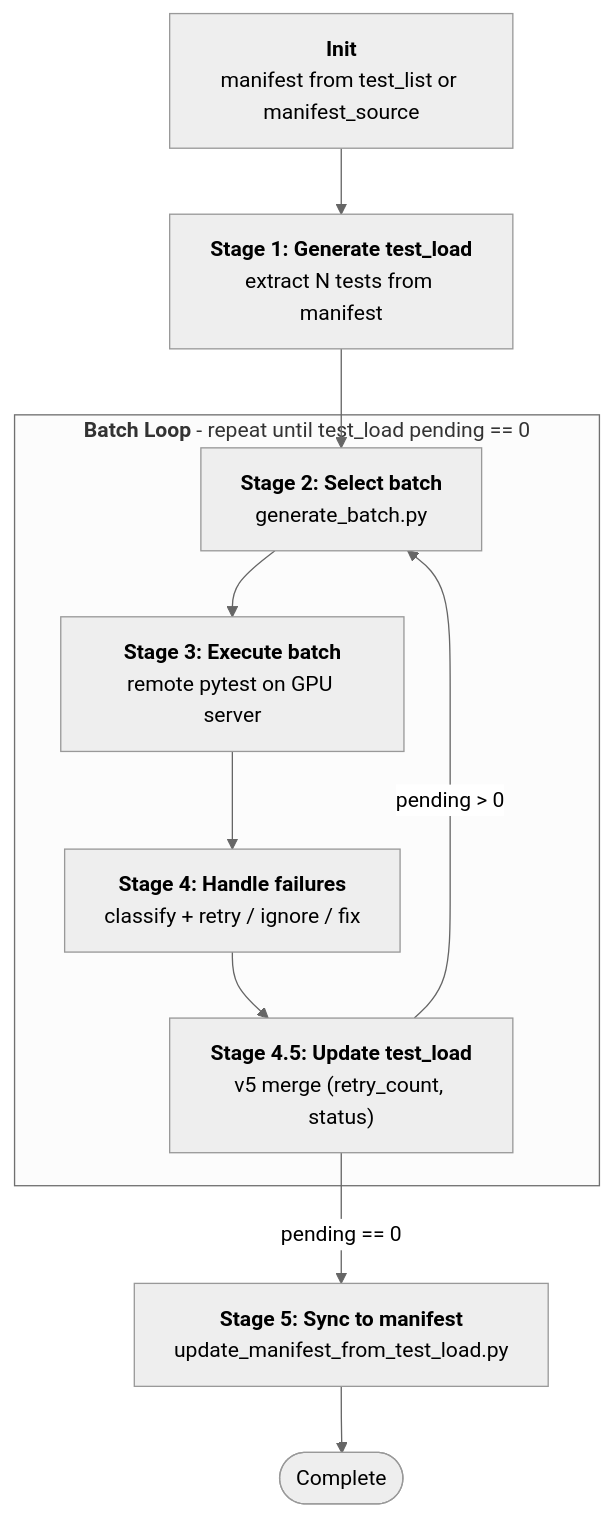
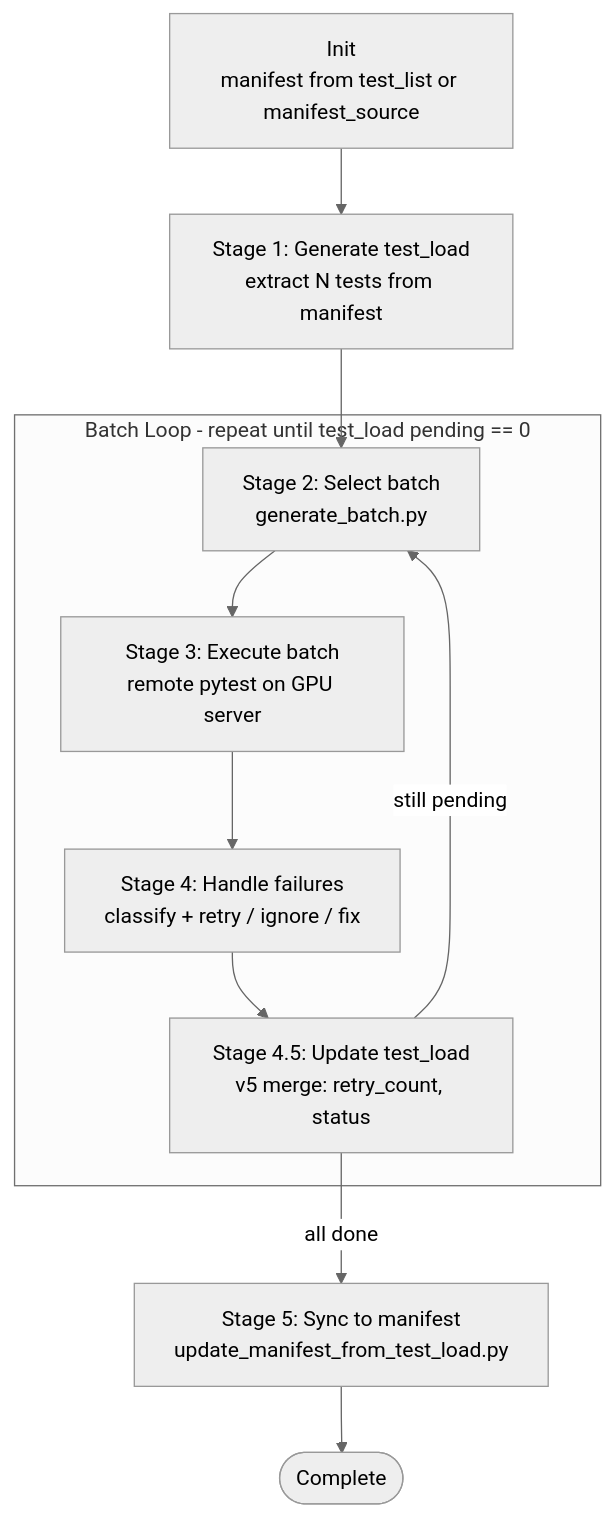
One commit to peterlau123/apmm changed the diagram in tasks/ut/README.md. Above: the diagram before and after it, drawn with Mermaid (neutral theme).

Commit message:
fix(ut): fix mermaid syntax in README pipeline diagram
- Remove <b> HTML tags (not universally supported by mermaid renderers)
- Replace edge labels with special chars: pending > 0 -> still pending,
  pending == 0 -> all done (avoid > conflicting with arrow syntax)
- Replace () in node text with : for consistency

````diff
--- a/tasks/ut/README.md
+++ b/tasks/ut/README.md
@@ -122,24 +122,24 @@
 ```mermaid
 flowchart TD
-    Init["<b>Init</b><br/>manifest from test_list or manifest_source"]
-    S1["<b>Stage 1: Generate test_load</b><br/>extract N tests from manifest"]
+    Init["Init<br/>manifest from test_list or manifest_source"]
+    S1["Stage 1: Generate test_load<br/>extract N tests from manifest"]
 
-    subgraph Loop ["<b>Batch Loop</b> - repeat until test_load pending == 0"]
-        S2["<b>Stage 2: Select batch</b><br/>generate_batch.py"]
-        S3["<b>Stage 3: Execute batch</b><br/>remote pytest on GPU server"]
-        S4["<b>Stage 4: Handle failures</b><br/>classify + retry / ignore / fix"]
-        S45["<b>Stage 4.5: Update test_load</b><br/>v5 merge (retry_count, status)"]
+    subgraph Loop ["Batch Loop - repeat until test_load pending == 0"]
+        S2["Stage 2: Select batch<br/>generate_batch.py"]
+        S3["Stage 3: Execute batch<br/>remote pytest on GPU server"]
+        S4["Stage 4: Handle failures<br/>classify + retry / ignore / fix"]
+        S45["Stage 4.5: Update test_load<br/>v5 merge: retry_count, status"]
         S2 --> S3
         S3 --> S4
         S4 --> S45
-        S45 -->|pending > 0| S2
+        S45 -->|still pending| S2
     end
 
-    S5["<b>Stage 5: Sync to manifest</b><br/>update_manifest_from_test_load.py"]
+    S5["Stage 5: Sync to manifest<br/>update_manifest_from_test_load.py"]
     Done(["Complete"])
 
     Init --> S1
     S1 --> S2
-    S45 -->|pending == 0| S5
+    S45 -->|all done| S5
     S5 --> Done
 ```
````
